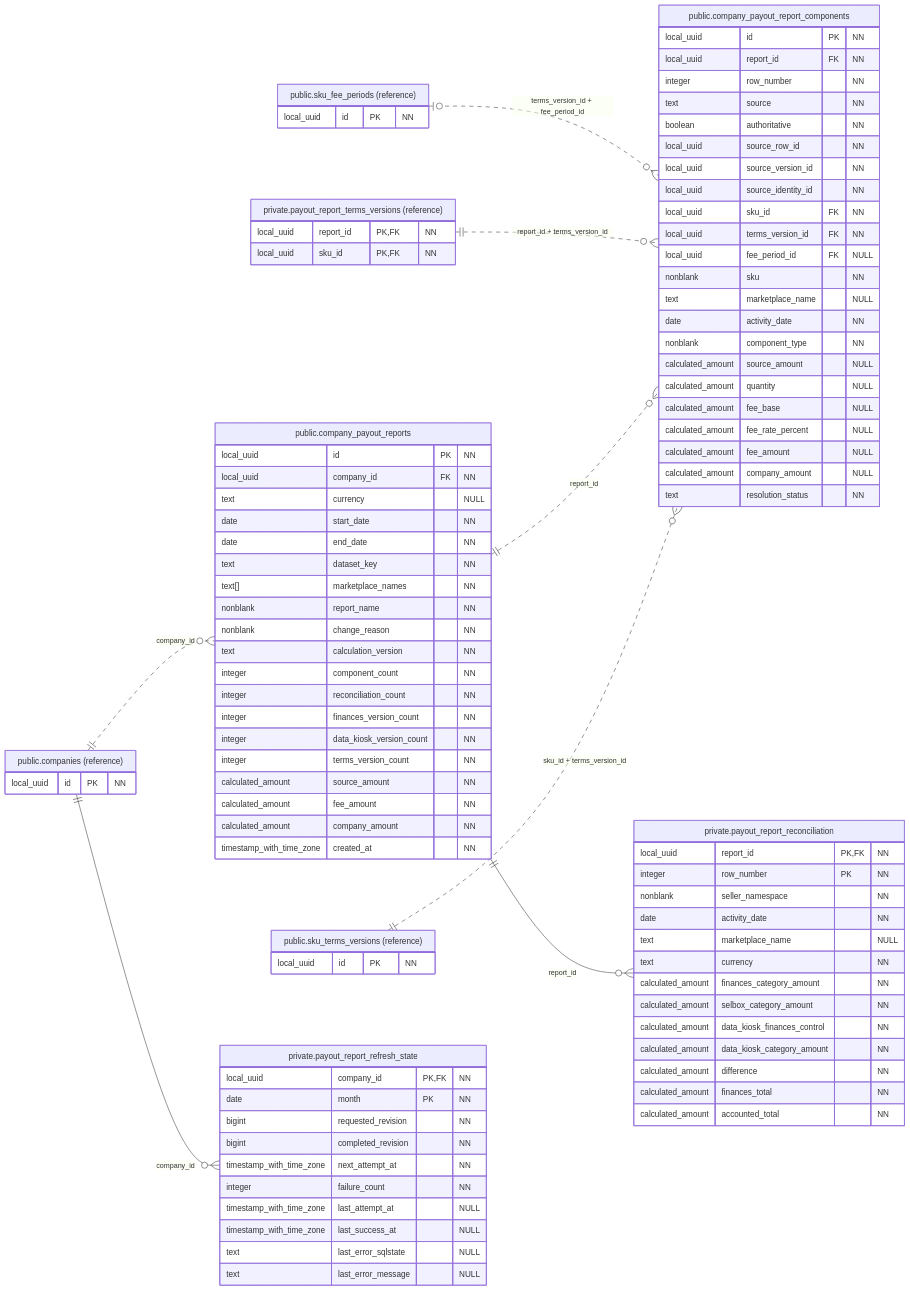
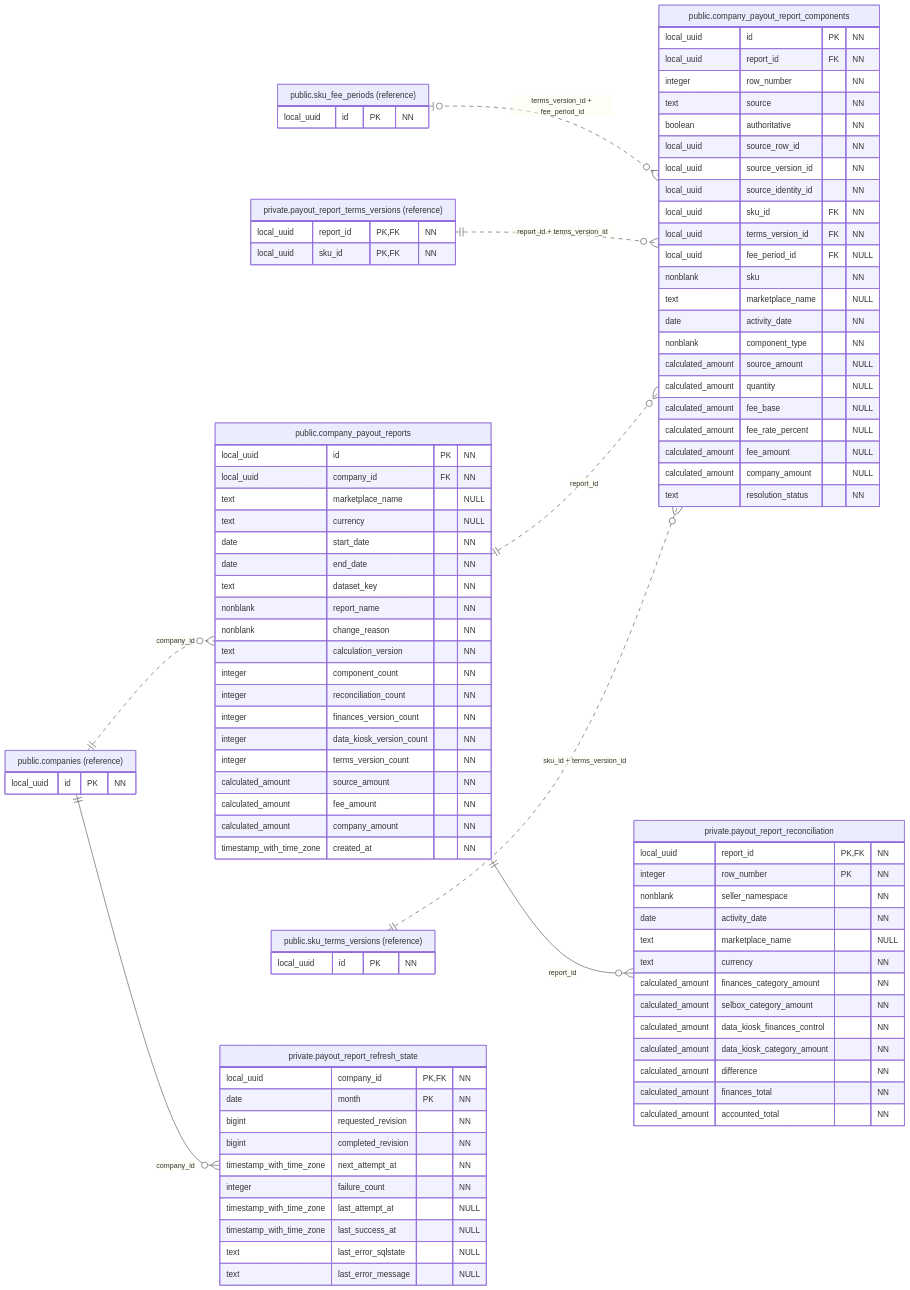
The diagram in docs/figures/database/06-payout-results.mmd (qwercxzsda/A-SelBox), drawn with Mermaid before and after one commit. The commit also changed 127 other files, not shown here.

```diff
--- a/docs/figures/database/06-payout-results.mmd
+++ b/docs/figures/database/06-payout-results.mmd
@@ -1,102 +1,102 @@
 erDiagram
     direction LR
     public_companies ||..o{ public_company_payout_reports : "company_id"
     public_sku_fee_periods o|..o{ public_company_payout_report_components : "terms_version_id + fee_period_id"
     private_payout_report_terms_versions ||..o{ public_company_payout_report_components : "report_id + terms_version_id"
     public_company_payout_reports ||..o{ public_company_payout_report_components : "report_id"
     public_sku_terms_versions ||..o{ public_company_payout_report_components : "sku_id + terms_version_id"
     public_company_payout_reports ||--o{ private_payout_report_reconciliation : "report_id"
     public_companies ||--o{ private_payout_report_refresh_state : "company_id"
 
     public_company_payout_reports["public.company_payout_reports"] {
         local_uuid id PK "NN"
         local_uuid company_id FK "NN"
+        text marketplace_name "NULL"
         text currency "NULL"
         date start_date "NN"
         date end_date "NN"
         text dataset_key "NN"
-        text[] marketplace_names "NN"
         nonblank report_name "NN"
         nonblank change_reason "NN"
         text calculation_version "NN"
         integer component_count "NN"
         integer reconciliation_count "NN"
         integer finances_version_count "NN"
         integer data_kiosk_version_count "NN"
         integer terms_version_count "NN"
         calculated_amount source_amount "NN"
         calculated_amount fee_amount "NN"
         calculated_amount company_amount "NN"
         timestamp_with_time_zone created_at "NN"
     }
 
     public_company_payout_report_components["public.company_payout_report_components"] {
         local_uuid id PK "NN"
         local_uuid report_id FK "NN"
         integer row_number "NN"
         text source "NN"
         boolean authoritative "NN"
         local_uuid source_row_id "NN"
         local_uuid source_version_id "NN"
         local_uuid source_identity_id "NN"
         local_uuid sku_id FK "NN"
         local_uuid terms_version_id FK "NN"
         local_uuid fee_period_id FK "NULL"
         nonblank sku "NN"
         text marketplace_name "NULL"
         date activity_date "NN"
         nonblank component_type "NN"
         calculated_amount source_amount "NULL"
         calculated_amount quantity "NULL"
         calculated_amount fee_base "NULL"
         calculated_amount fee_rate_percent "NULL"
         calculated_amount fee_amount "NULL"
         calculated_amount company_amount "NULL"
         text resolution_status "NN"
     }
 
     private_payout_report_reconciliation["private.payout_report_reconciliation"] {
         local_uuid report_id PK, FK "NN"
         integer row_number PK "NN"
         nonblank seller_namespace "NN"
         date activity_date "NN"
         text marketplace_name "NULL"
         text currency "NN"
         calculated_amount finances_category_amount "NN"
         calculated_amount selbox_category_amount "NN"
         calculated_amount data_kiosk_finances_control "NN"
         calculated_amount data_kiosk_category_amount "NN"
         calculated_amount difference "NN"
         calculated_amount finances_total "NN"
         calculated_amount accounted_total "NN"
     }
 
     private_payout_report_refresh_state["private.payout_report_refresh_state"] {
         local_uuid company_id PK, FK "NN"
         date month PK "NN"
         bigint requested_revision "NN"
         bigint completed_revision "NN"
         timestamp_with_time_zone next_attempt_at "NN"
         integer failure_count "NN"
         timestamp_with_time_zone last_attempt_at "NULL"
         timestamp_with_time_zone last_success_at "NULL"
         text last_error_sqlstate "NULL"
         text last_error_message "NULL"
     }
 
     private_payout_report_terms_versions["private.payout_report_terms_versions (reference)"] {
         local_uuid report_id PK, FK "NN"
         local_uuid sku_id PK, FK "NN"
     }
 
     public_companies["public.companies (reference)"] {
         local_uuid id PK "NN"
     }
 
     public_sku_fee_periods["public.sku_fee_periods (reference)"] {
         local_uuid id PK "NN"
     }
 
     public_sku_terms_versions["public.sku_terms_versions (reference)"] {
         local_uuid id PK "NN"
     }
```
